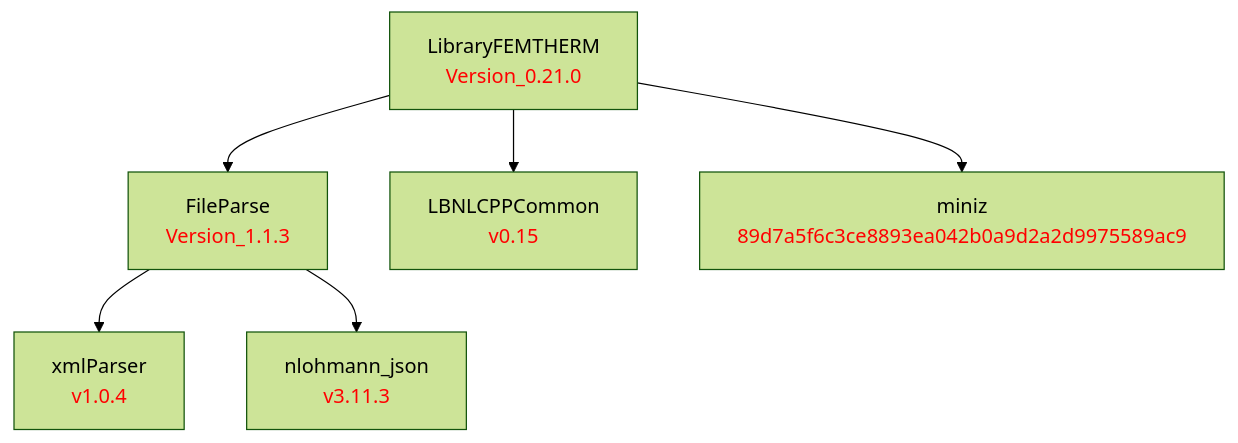
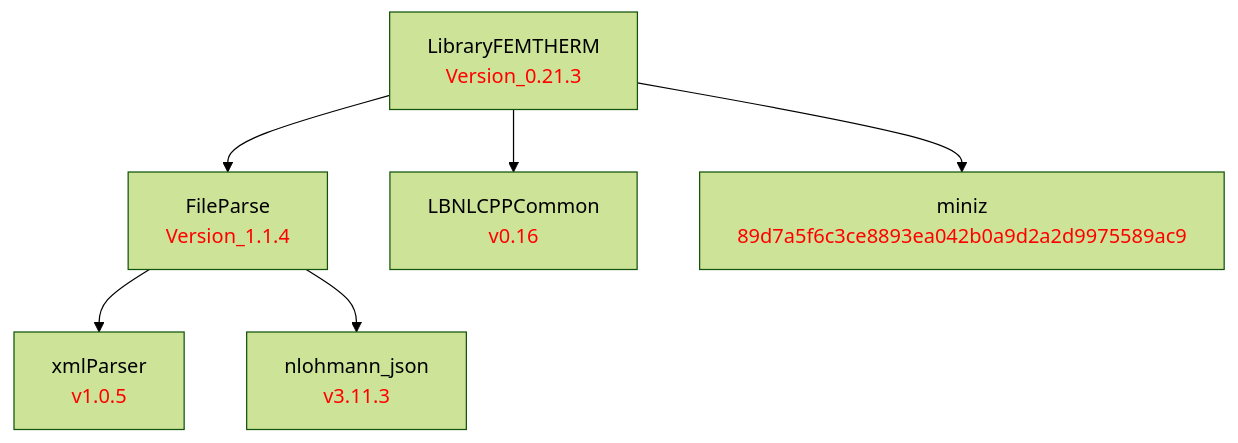
Before and after one commit to LBNL-ETA/LibraryFEMTherm: the diagram in doc/LibraryFEMTHERM.md, drawn with Mermaid (forest theme). The commit also changed 6 other files, not shown here.

First line of the commit message:
Add CMake presets, bump LBNLCPPCommon v0.16 / FileParse 1.1.4, version 0.21.3

````diff
--- a/doc/LibraryFEMTHERM.md
+++ b/doc/LibraryFEMTHERM.md
@@ -1,17 +1,17 @@
 ```mermaid
 graph TD
     %% Package definitions
-    xmlParser[xmlParser<br/><font color='red'>v1.0.4</font>]
+    xmlParser[xmlParser<br/><font color='red'>v1.0.5</font>]
     nlohmann_json[nlohmann_json<br/><font color='red'>v3.11.3</font>]
-    FileParse[FileParse<br/><font color='red'>Version_1.1.3</font>]
-    LBNLCPPCommon[LBNLCPPCommon<br/><font color='red'>v0.15</font>]
+    FileParse[FileParse<br/><font color='red'>Version_1.1.4</font>]
+    LBNLCPPCommon[LBNLCPPCommon<br/><font color='red'>v0.16</font>]
     miniz[miniz<br/><font color='red'>89d7a5f6c3ce8893ea042b0a9d2a2d9975589ac9</font>]
-    LibraryFEMTHERM[LibraryFEMTHERM<br/><font color='red'>Version_0.21.0</font>]
+    LibraryFEMTHERM[LibraryFEMTHERM<br/><font color='red'>Version_0.21.3</font>]
 
     %% Package relations
     LibraryFEMTHERM --> FileParse
     LibraryFEMTHERM --> LBNLCPPCommon
     LibraryFEMTHERM --> miniz
     FileParse --> xmlParser
     FileParse --> nlohmann_json
 ```
````
